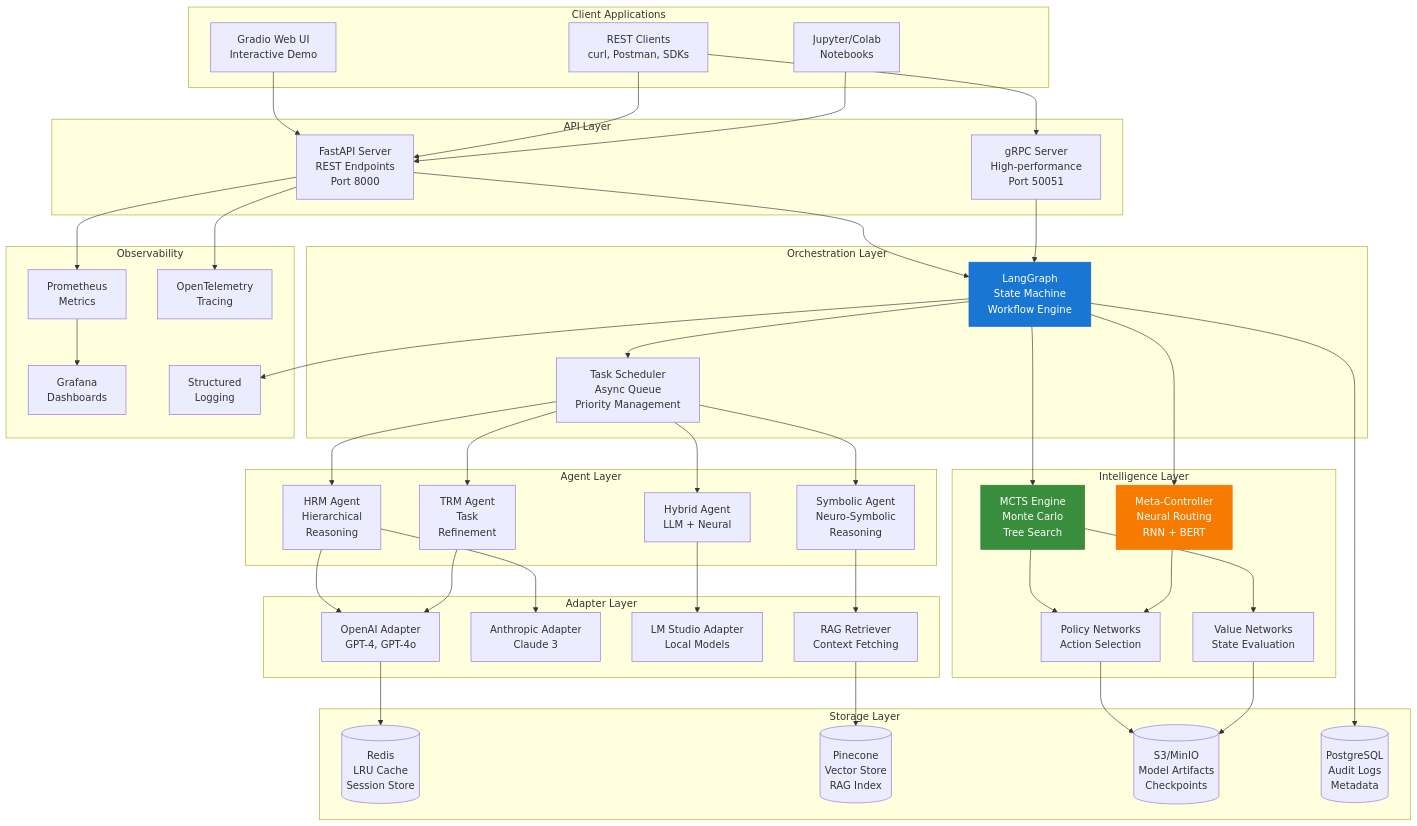
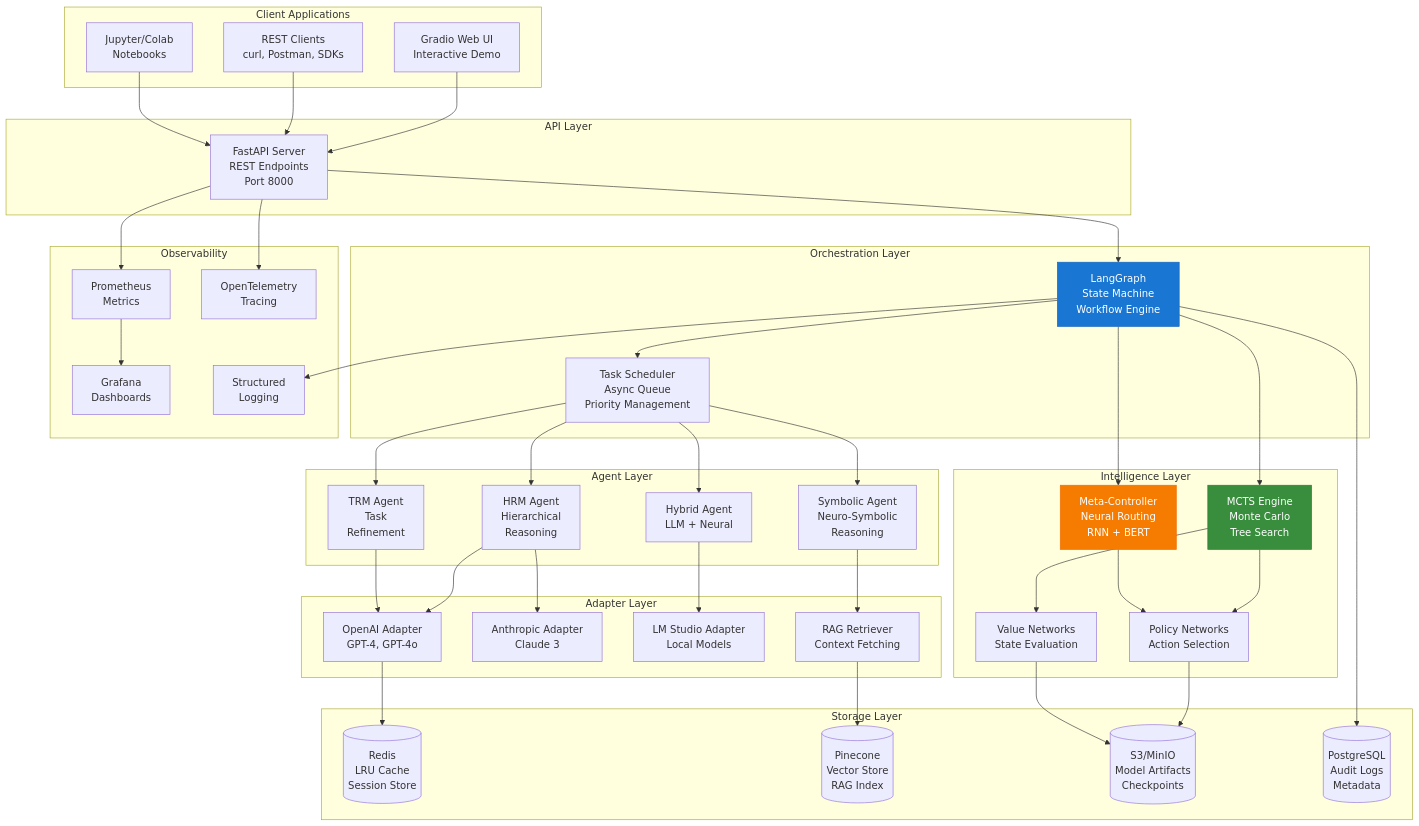
The third of 20 diagrams in docs/C4_MERMAID_ARCHITECTURE.md (ianshank/langgraph_multi_agent_mcts), drawn with Mermaid before and after one commit. The commit also changed other lines of this file and 3 other files, not shown here.

```diff
--- a/docs/C4_MERMAID_ARCHITECTURE.md
+++ b/docs/C4_MERMAID_ARCHITECTURE.md
@@ -136,7 +136,6 @@
 
     subgraph API["API Layer"]
         FASTAPI[FastAPI Server<br/>REST Endpoints<br/>Port 8000]
-        GRPC[gRPC Server<br/>High-performance<br/>Port 50051]
     end
 
     subgraph Orchestration["Orchestration Layer"]
@@ -182,10 +181,8 @@
     GRADIO --> FASTAPI
     RESTCLIENT --> FASTAPI
     JUPYTER --> FASTAPI
-    RESTCLIENT --> GRPC
 
     FASTAPI --> LANGGRAPH
-    GRPC --> LANGGRAPH
     LANGGRAPH --> SCHEDULER
 
     SCHEDULER --> HRM
```
